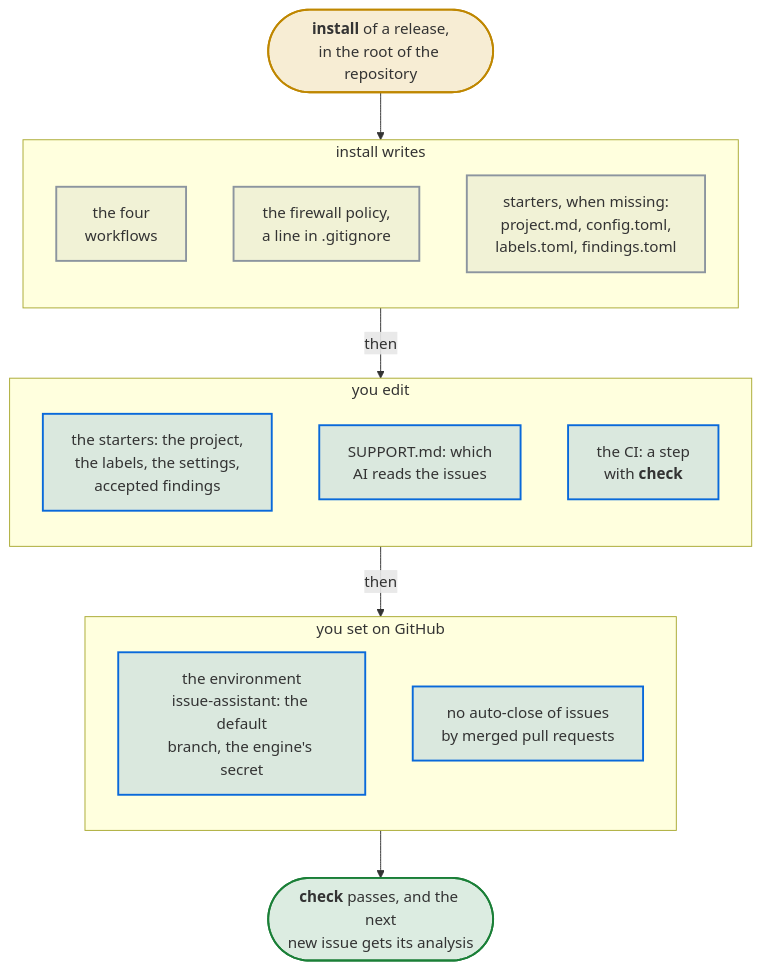
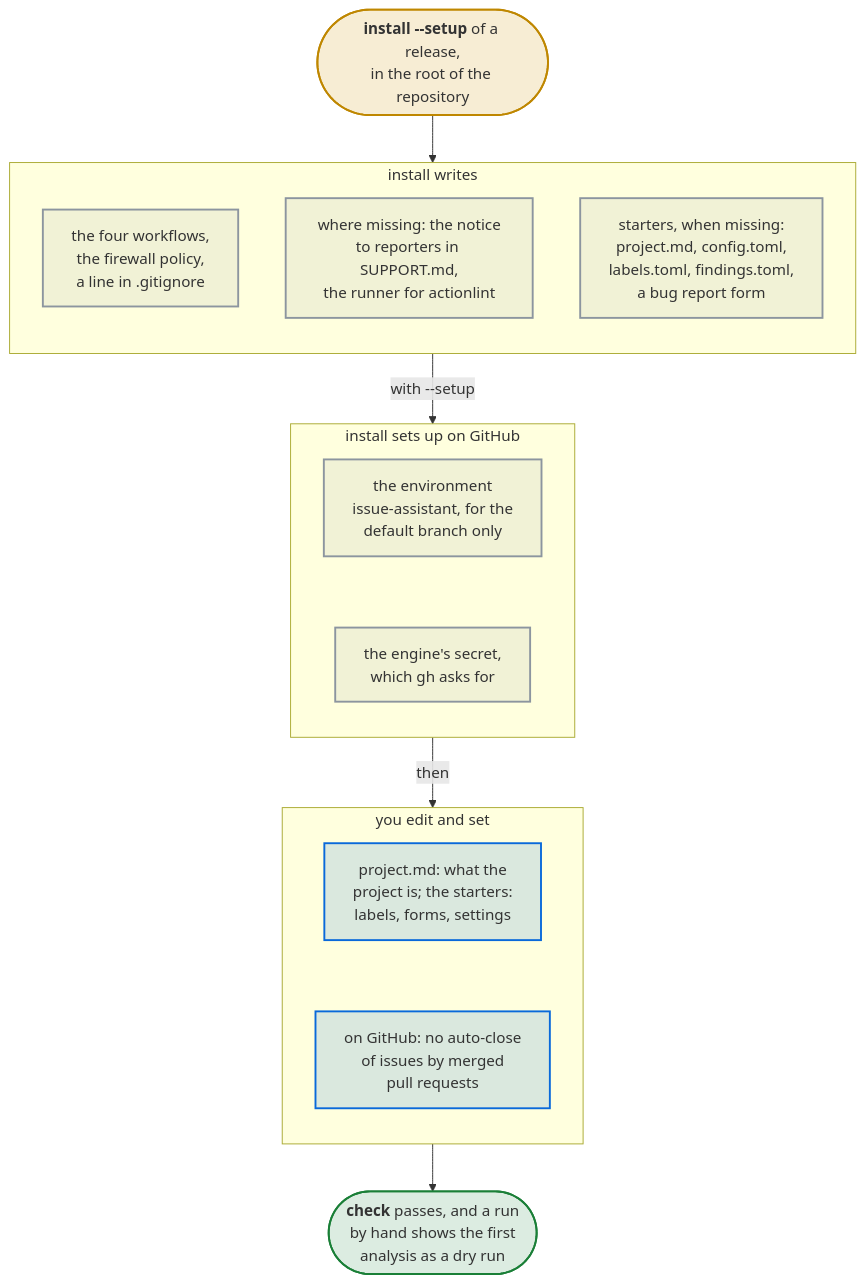
Before and after one commit to Dennis-Otto/issue-assistant: the diagram in docs/diagrams/what-install-writes-what-you-edit-and-what-you-set-on-github.mmd, drawn with Mermaid. The commit also changed 16 other files, not shown here.

First line of the commit message:
feat(setup): install without looking up hashes, set up the environment in one command, and try it right away (#108)

```diff
--- a/docs/diagrams/what-install-writes-what-you-edit-and-what-you-set-on-github.mmd
+++ b/docs/diagrams/what-install-writes-what-you-edit-and-what-you-set-on-github.mmd
@@ -1,32 +1,33 @@
 flowchart TB
   accTitle: What install writes, what you edit and what you set on GitHub
-  accDescr: install of a release, run in the root of the repository, writes the four workflows, the firewall policy .github/egress-firewall.yaml and an entry in .gitignore, and starters of project.md, config.toml, labels.toml and findings.toml when they are missing. Then you edit the starters, to describe the project, its labels, its settings and the accepted findings, tell reporters in SUPPORT.md which AI reads their issues, and add a step with check to the CI. Then you set on GitHub the environment issue-assistant, limited to the default branch, with the engine's secret, and turn off the auto-close of issues by merged pull requests. Then check passes, and the next new issue gets its analysis.
-  install(["`**install** of a release,<br>in the root of the repository`"]) --> written
+  accDescr: install of a release, run in the root of the repository, writes the four workflows, the firewall policy .github/egress-firewall.yaml and an entry in .gitignore; adds the notice to reporters to SUPPORT.md and the runner of the AI to actionlint's settings where they are missing; and writes starters of project.md, config.toml, labels.toml, findings.toml and a bug report form when they are missing. With --setup, it also creates the environment issue-assistant on GitHub, limited to the default branch, and asks for the engine's secret. Then you describe the project in project.md, adapt the starters, and turn off the auto-close of issues by merged pull requests. Then check passes, and a run by hand shows the first analysis as a dry run.
+  install(["`**install --setup** of a release,<br>in the root of the repository`"]) --> written
   subgraph written ["install writes"]
     direction TB
-    workflows["the four<br>workflows"]
-    firewall["the firewall policy,<br>a line in .gitignore"]
-    starters["starters, when missing:<br>project.md, config.toml,<br>labels.toml, findings.toml"]
+    workflows["the four workflows,<br>the firewall policy,<br>a line in .gitignore"]
+    notices["where missing: the notice<br>to reporters in SUPPORT.md,<br>the runner for actionlint"]
+    starters["starters, when missing:<br>project.md, config.toml,<br>labels.toml, findings.toml,<br>a bug report form"]
   end
-  written -- "then" --> edited
-  subgraph edited ["you edit"]
+  written -- "with --setup" --> github
+  subgraph github ["install sets up on GitHub"]
     direction TB
-    describe["the starters: the project,<br>the labels, the settings,<br>accepted findings"]
-    support["SUPPORT.md: which<br>AI reads the issues"]
-    ci["`the CI: a step<br>with **check**`"]
+    environment["the environment<br>issue-assistant, for the<br>default branch only"]
+    secret["the engine's secret,<br>which gh asks for"]
+    environment ~~~ secret
   end
-  edited -- "then" --> settings
-  subgraph settings ["you set on GitHub"]
+  github -- "then" --> edited
+  subgraph edited ["you edit and set"]
     direction TB
-    environment["the environment<br>issue-assistant: the default<br>branch, the engine's secret"]
-    autoclose["no auto-close of issues<br>by merged pull requests"]
+    describe["project.md: what the<br>project is; the starters:<br>labels, forms, settings"]
+    autoclose["on GitHub: no auto-close<br>of issues by merged<br>pull requests"]
+    describe ~~~ autoclose
   end
-  settings --> check(["`**check** passes, and the next<br>new issue gets its analysis`"])
+  edited --> check(["`**check** passes, and a run<br>by hand shows the first<br>analysis as a dry run`"])
   classDef trigger fill:#d4a72c33,stroke:#bf8700,stroke-width:2px
   classDef job fill:#8c959f1f,stroke:#8c959f,stroke-width:2px
   classDef person fill:#0969da26,stroke:#0969da,stroke-width:2px
   classDef safe fill:#1a7f3726,stroke:#1a7f37,stroke-width:2px
   class install trigger
-  class workflows,firewall,starters job
-  class describe,support,ci,environment,autoclose person
+  class workflows,notices,starters,environment,secret job
+  class describe,autoclose person
   class check safe
```
